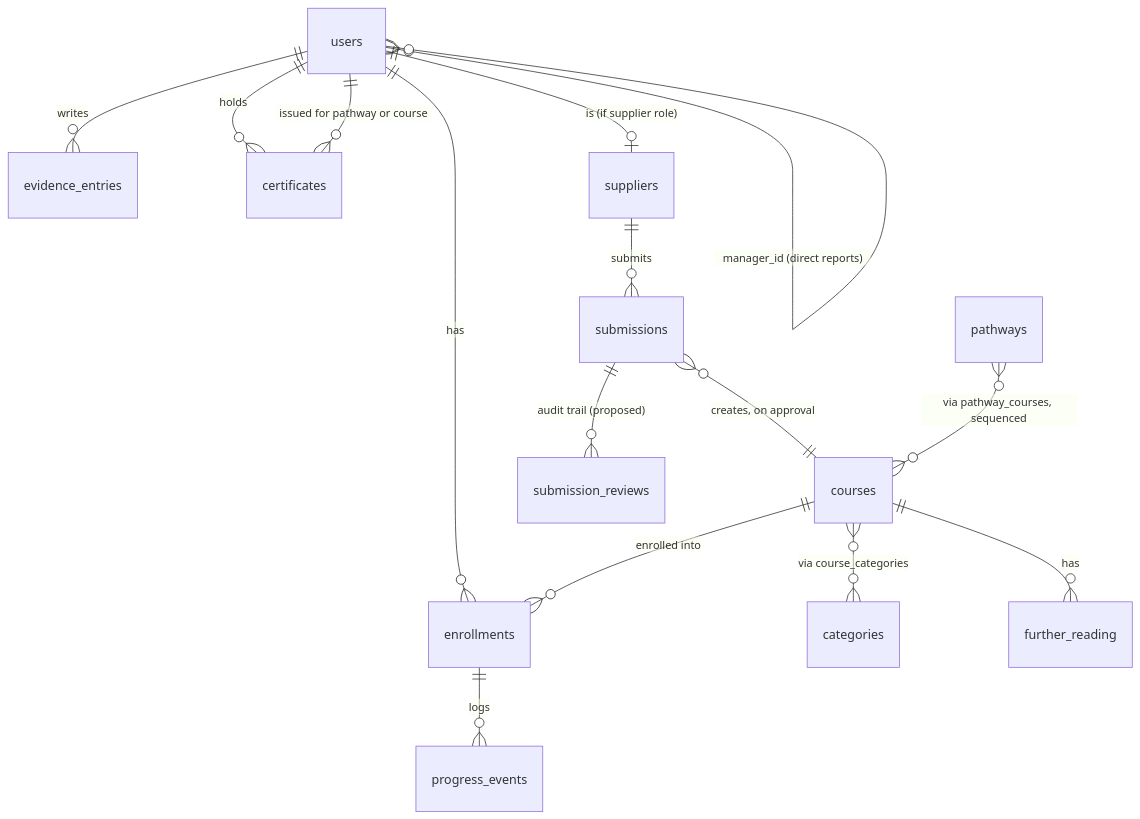
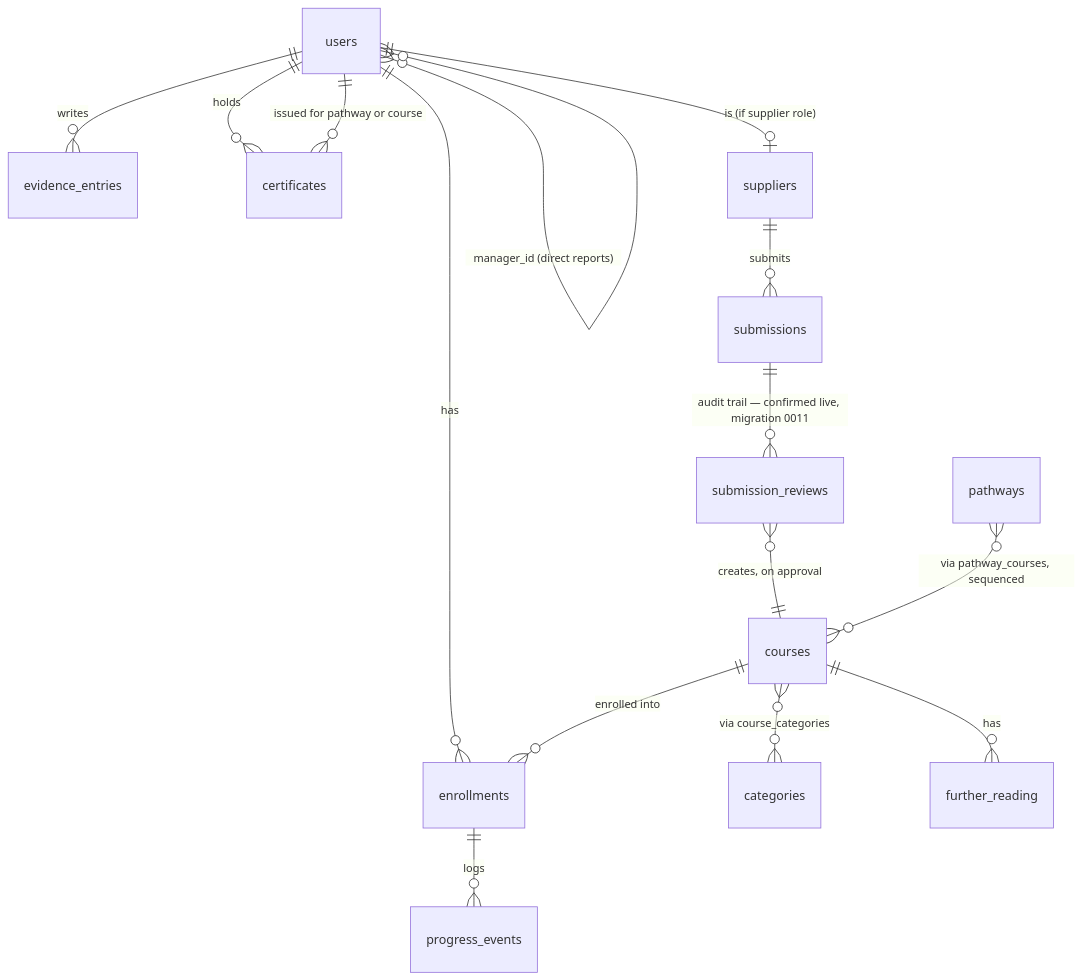
One commit to uPull-ai/web changed the second of 2 diagrams in academy_architecture_design.md. Above: the diagram before and after it, drawn with Mermaid. The commit also changed other lines of this file, not shown here.

````diff
--- a/academy_architecture_design.md
+++ b/academy_architecture_design.md
@@ -92,20 +95,20 @@
 ```mermaid
 erDiagram
     users ||--o{ enrollments : has
     users ||--o{ evidence_entries : writes
     users ||--o{ certificates : holds
     users ||--o| suppliers : "is (if supplier role)"
     users }o--o{ users : "manager_id (direct reports)"
- 
+
     suppliers ||--o{ submissions : submits
-    submissions }o--|| courses : "creates, on approval"
-    submissions ||--o{ submission_reviews : "audit trail (proposed)"
- 
+    submissions ||--o{ submission_reviews : "audit trail — confirmed live, migration 0011"
+    submission_reviews }o--|| courses : "creates, on approval"
+
     courses }o--o{ categories : "via course_categories"
     courses ||--o{ further_reading : has
     courses ||--o{ enrollments : "enrolled into"
     pathways }o--o{ courses : "via pathway_courses, sequenced"
- 
+
     enrollments ||--o{ progress_events : logs
     users ||--o{ certificates : "issued for pathway or course"
 ```
````
